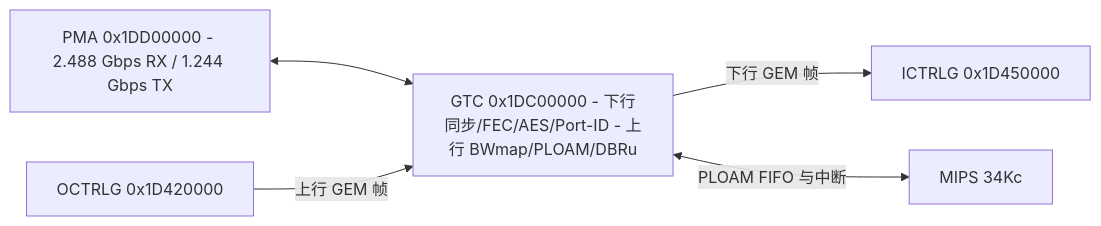
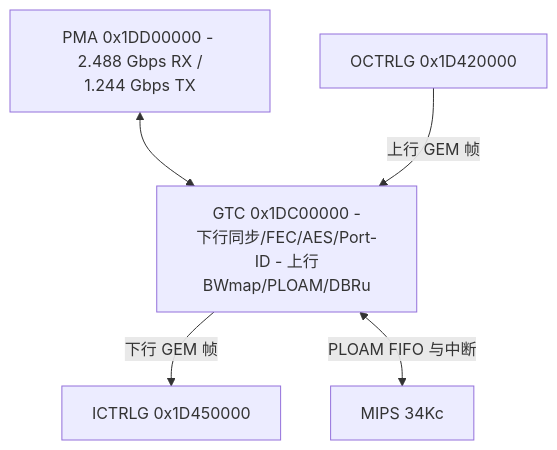
The diagram in 06_functional_blocks/01_gtc_mac.md (difanz/lantiq-falcon-s-docs), drawn with Mermaid before and after one commit. The commit also changed 33 other files, not shown here.

Commit message:
Improve diagram readability and adopt the Material theme

````diff
--- a/06_functional_blocks/01_gtc_mac.md
+++ b/06_functional_blocks/01_gtc_mac.md
@@ -14,7 +14,7 @@
 ```mermaid
-flowchart LR
-    PMA["PMA 0x1DD00000 - 2.488 Gbps RX / 1.244 Gbps TX"] <--> GTC["GTC 0x1DC00000 - 下行同步/FEC/AES/Port-ID - 上行 BWmap/PLOAM/DBRu"]
+flowchart TD
+    PMA["PMA 0x1DD00000 - 2.488 Gbps RX /<br/>1.244 Gbps TX"] <--> GTC["GTC 0x1DC00000 -<br/>下行同步/FEC/AES/Port-ID - 上行<br/>BWmap/PLOAM/DBRu"]
     GTC -->|下行 GEM 帧| ICTRLG["ICTRLG 0x1D450000"]
     OCTRLG["OCTRLG 0x1D420000"] -->|上行 GEM 帧| GTC
     GTC <-->|PLOAM FIFO 与中断| CPU["MIPS 34Kc"]
 ```
````
